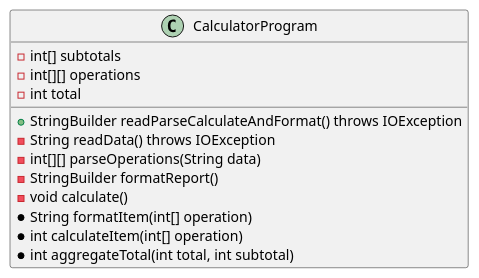
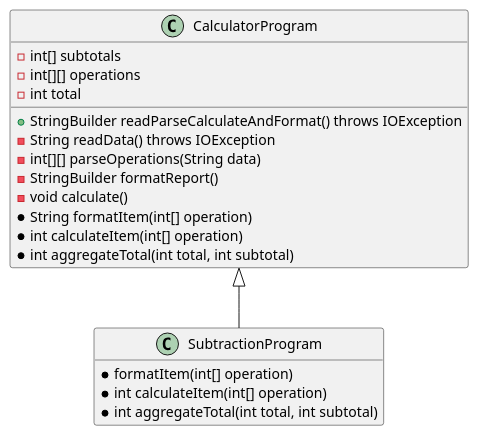
The diagram in docs/calculatorprogram-v1.puml (jonasbha/SOLID), drawn with PlantUML before and after one commit.

Commit message:
Added subtraction to class diagram

```diff
--- a/docs/calculatorprogram-v1.puml
+++ b/docs/calculatorprogram-v1.puml
@@ -1,18 +1,27 @@
 @startuml
+hide empty members
 
 class CalculatorProgram {
     - int[] subtotals
     - int[][] operations
     - int total
 
     + StringBuilder readParseCalculateAndFormat() throws IOException
     - String readData() throws IOException
     - int[][] parseOperations(String data)
     - StringBuilder formatReport()
     - void calculate()
     * String formatItem(int[] operation) 
     * int calculateItem(int[] operation)
     * int aggregateTotal(int total, int subtotal)
 }
 
+class SubtractionProgram {
+    * formatItem(int[] operation)
+    * int calculateItem(int[] operation)
+    * int aggregateTotal(int total, int subtotal)
+}
+
+SubtractionProgram -up-|> CalculatorProgram
+
 @enduml
```
